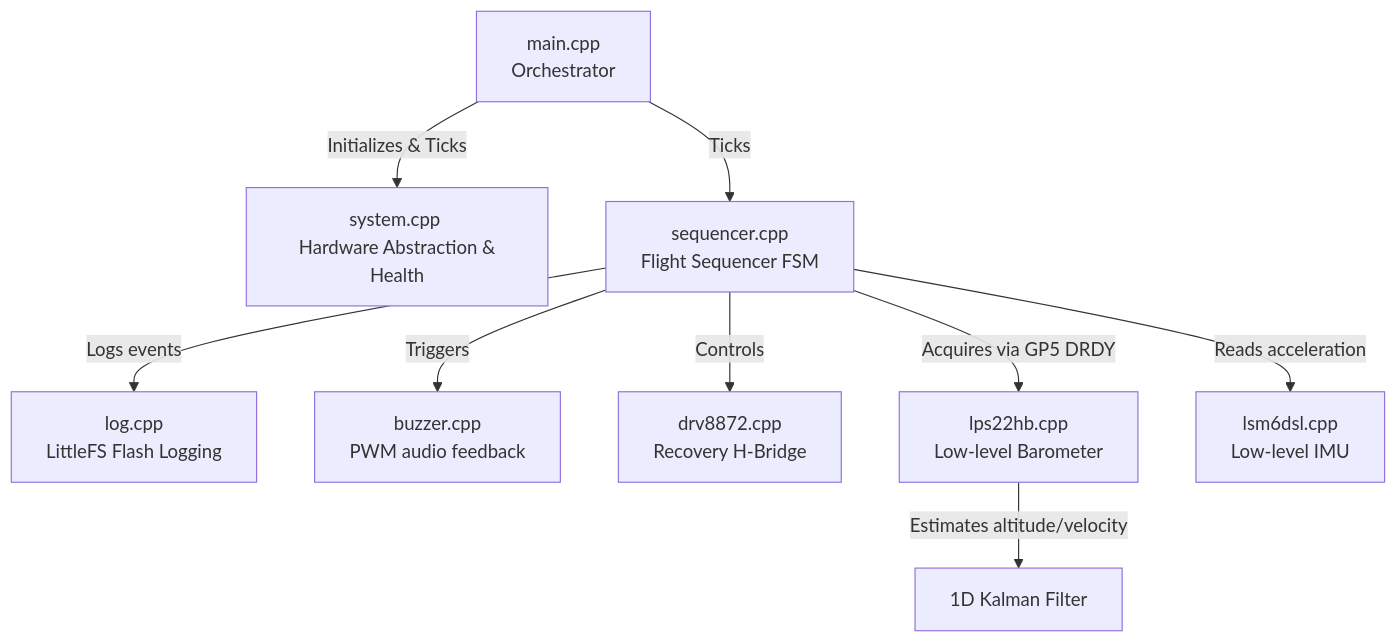
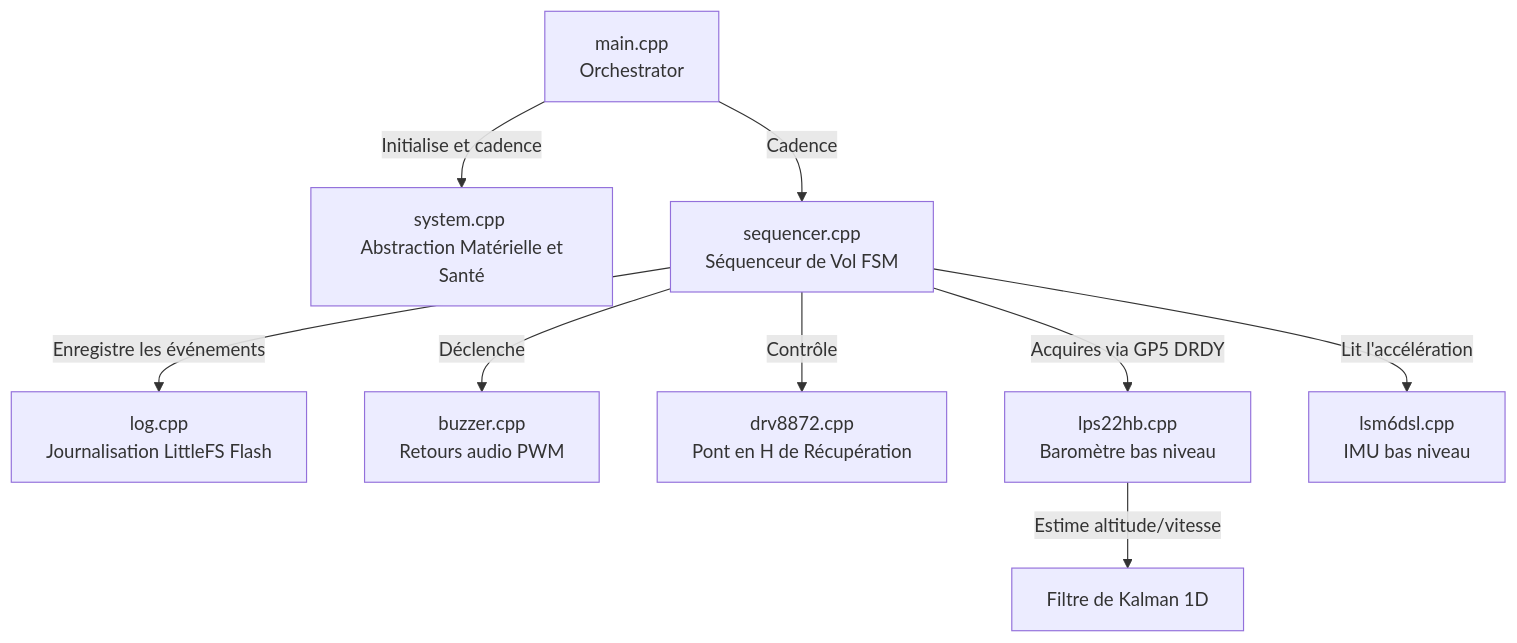
Before and after one commit to axpaul/FlightSoftware-Mastodonte: the diagram in README.md, drawn with Mermaid. The commit also changed other lines of this file and 9 other files, not shown here.

````diff
--- a/README.md
+++ b/README.md
@@ -33,11 +33,11 @@
 ```mermaid
 graph TD
-    Main[main.cpp <br/> Orchestrator] -->|Initializes & Ticks| Sys[system.cpp <br/> Hardware Abstraction & Health]
-    Main -->|Ticks| Seq[sequencer.cpp <br/> Flight Sequencer FSM]
-    Seq -->|Logs events| Log[log.cpp <br/> LittleFS Flash Logging]
-    Seq -->|Triggers| Buzzer[buzzer.cpp <br/> PWM audio feedback]
-    Seq -->|Controls| Motors[drv8872.cpp <br/> Recovery H-Bridge]
-    Seq -->|Acquires via GP5 DRDY| Baro[lps22hb.cpp <br/> Low-level Barometer]
-    Baro -->|Estimates altitude/velocity| Kalman[1D Kalman Filter]
-    Seq -->|Reads acceleration| IMU[lsm6dsl.cpp <br/> Low-level IMU]
+    Main[main.cpp <br/> Orchestrator] -->|Initialise et cadence| Sys[system.cpp <br/> Abstraction Matérielle et Santé]
+    Main -->|Cadence| Seq[sequencer.cpp <br/> Séquenceur de Vol FSM]
+    Seq -->|Enregistre les événements| Log[log.cpp <br/> Journalisation LittleFS Flash]
+    Seq -->|Déclenche| Buzzer[buzzer.cpp <br/> Retours audio PWM]
+    Seq -->|Contrôle| Motors[drv8872.cpp <br/> Pont en H de Récupération]
+    Seq -->|Acquires via GP5 DRDY| Baro[lps22hb.cpp <br/> Baromètre bas niveau]
+    Baro -->|Estime altitude/vitesse| Kalman[Filtre de Kalman 1D]
+    Seq -->|Lit l'accélération| IMU[lsm6dsl.cpp <br/> IMU bas niveau]
 ```
````
